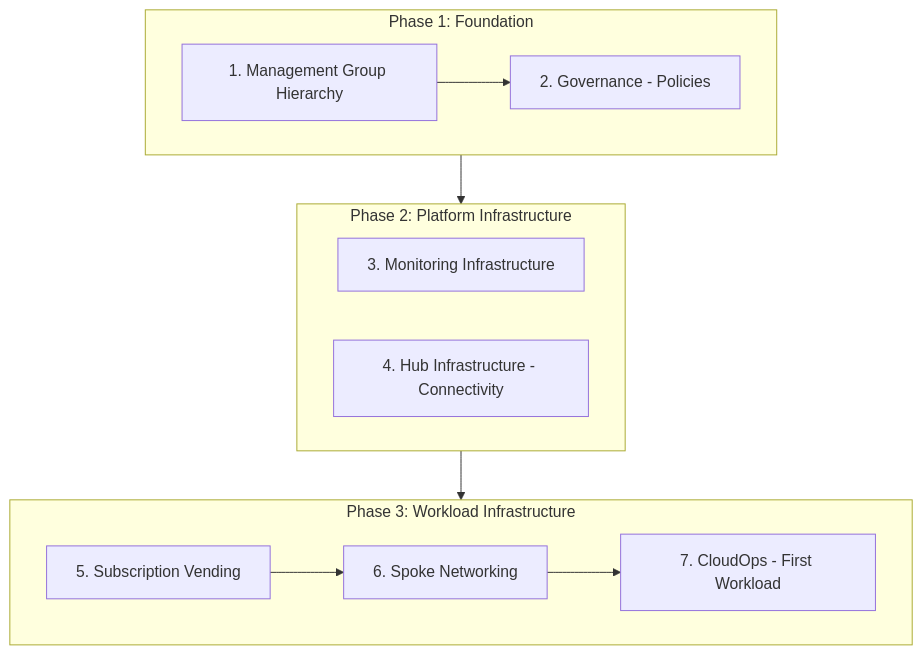
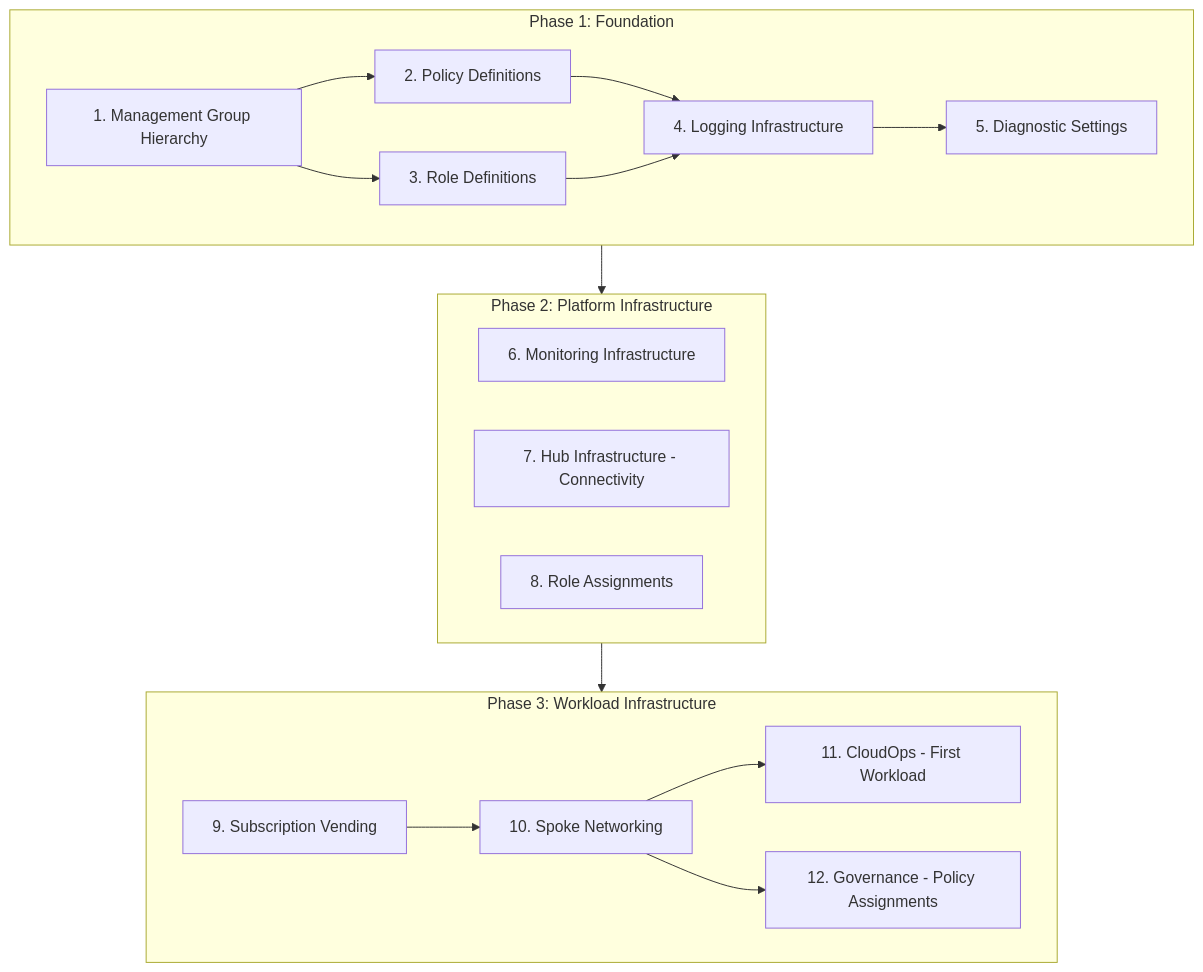
One commit to infraquill/az-build changed the diagram in docs/Overview.md. Above: the diagram before and after it, drawn with Mermaid. The commit also changed other lines of this file, not shown here.

Commit message:
docs: Update Overview.md with complete 12-step deployment flow

````diff
--- a/docs/Overview.md
+++ b/docs/Overview.md
@@ -9,19 +9,28 @@
 ```mermaid
 flowchart TB
     subgraph phase1 [Phase 1: Foundation]
-        step1["1. Management Group Hierarchy"] --> step2["2. Governance - Policies"]
+        step1["1. Management Group Hierarchy"]
+        step2["2. Policy Definitions"]
+        step3["3. Role Definitions"]
+        step4["4. Logging Infrastructure"]
+        step5["5. Diagnostic Settings"]
+        step1 --> step2 & step3
+        step2 & step3 --> step4
+        step4 --> step5
     end
 
     subgraph phase2 [Phase 2: Platform Infrastructure]
-        step3["3. Monitoring Infrastructure"]
-        step4["4. Hub Infrastructure - Connectivity"]
+        step6["6. Monitoring Infrastructure"]
+        step7["7. Hub Infrastructure - Connectivity"]
+        step8["8. Role Assignments"]
     end
 
     subgraph phase3 [Phase 3: Workload Infrastructure]
-        step5["5. Subscription Vending"] --> step6["6. Spoke Networking"]
-        step6 --> step7["7. CloudOps - First Workload"]
+        step9["9. Subscription Vending"] --> step10["10. Spoke Networking"]
+        step10 --> step11["11. CloudOps - First Workload"]
+        step10 --> step12["12. Governance - Policy Assignments"]
     end
 
     phase1 --> phase2
     phase2 --> phase3
 ```
````
